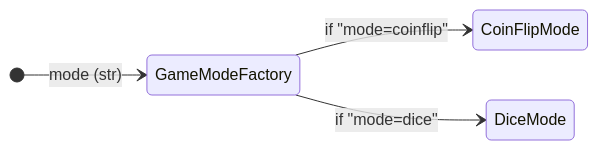
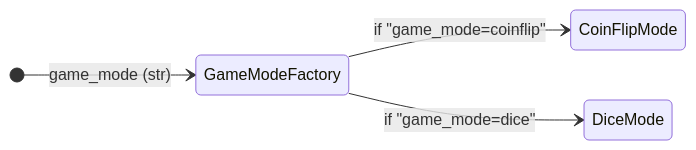
One commit to ludo2ne/ENSAI-2A-Projet-info changed the third of 3 diagrams in quarto-site/doc/tp/tp2.qmd. Above: the diagram before and after it, drawn with Mermaid. The commit also changed other lines of this file and 6 other files, not shown here.

````diff
--- a/quarto-site/doc/tp/tp2.qmd
+++ b/quarto-site/doc/tp/tp2.qmd
@@ -232,7 +236,7 @@
 ```{mermaid}
 stateDiagram
     direction LR
-    [*] --> GameModeFactory : mode (str)
-    GameModeFactory --> CoinFlipMode : if "mode=coinflip"
-    GameModeFactory --> DiceMode : if "mode=dice"
+    [*] --> GameModeFactory : game_mode (str)
+    GameModeFactory --> CoinFlipMode : if "game_mode=coinflip"
+    GameModeFactory --> DiceMode : if "game_mode=dice"
 ```
````
